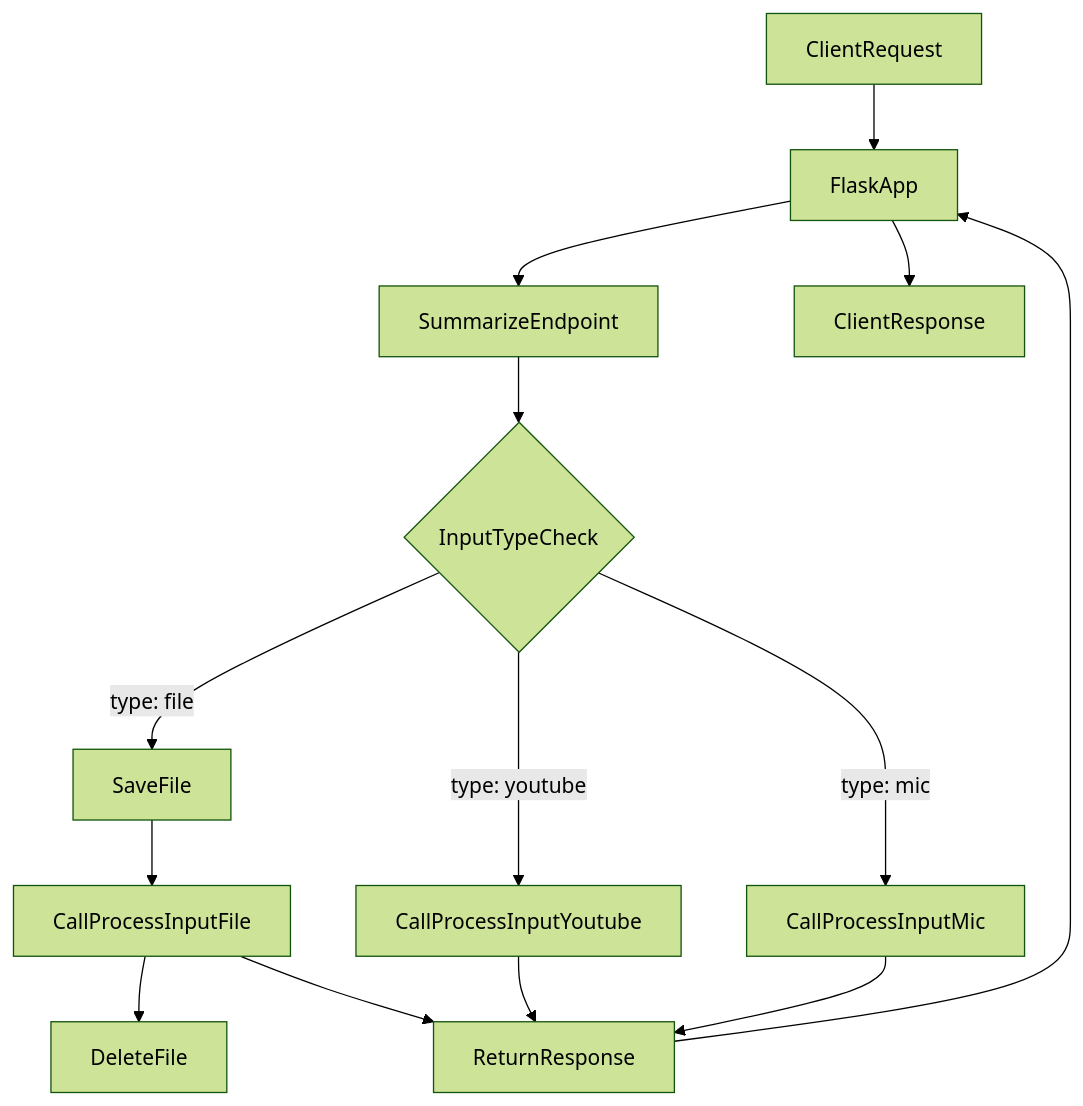
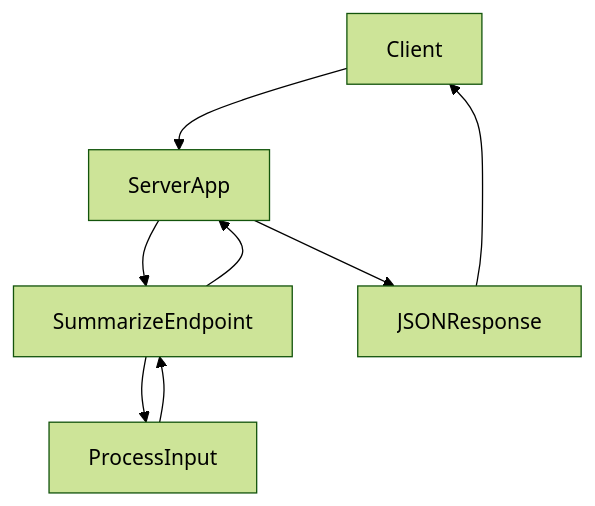
The diagram in docs/server.py.md (test-company-prowiz/Note-Summerizer), drawn with Mermaid (forest theme) before and after one commit. The commit also changed other lines of this file and 2 other files, not shown here.

````diff
--- a/docs/server.py.md
+++ b/docs/server.py.md
@@ -49,16 +50,10 @@
 ```mermaid
 graph TD
-A[ClientRequest] --> B[FlaskApp]
+A[Client] --> B[ServerApp]
 B --> C[SummarizeEndpoint]
-C --> D{InputTypeCheck}
-D -- "type: file" --> E[SaveFile]
-E --> F[CallProcessInputFile]
-F --> G[DeleteFile]
-D -- "type: youtube" --> H[CallProcessInputYoutube]
-D -- "type: mic" --> I[CallProcessInputMic]
-F --> J[ReturnResponse]
-H --> J
-I --> J
-J --> B
-B --> K[ClientResponse]
+C --> D[ProcessInput]
+D --> C
+C --> B
+B --> E[JSONResponse]
+E --> A
 ```
````
